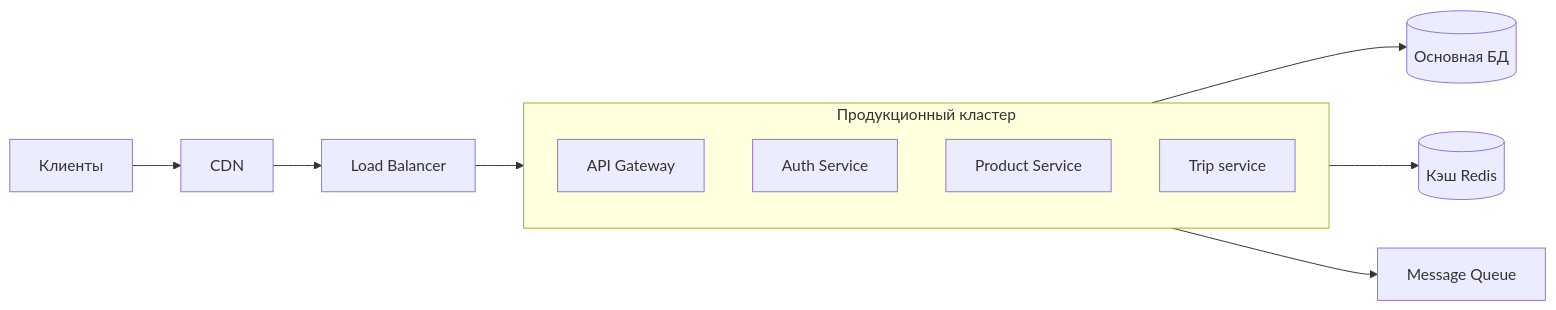
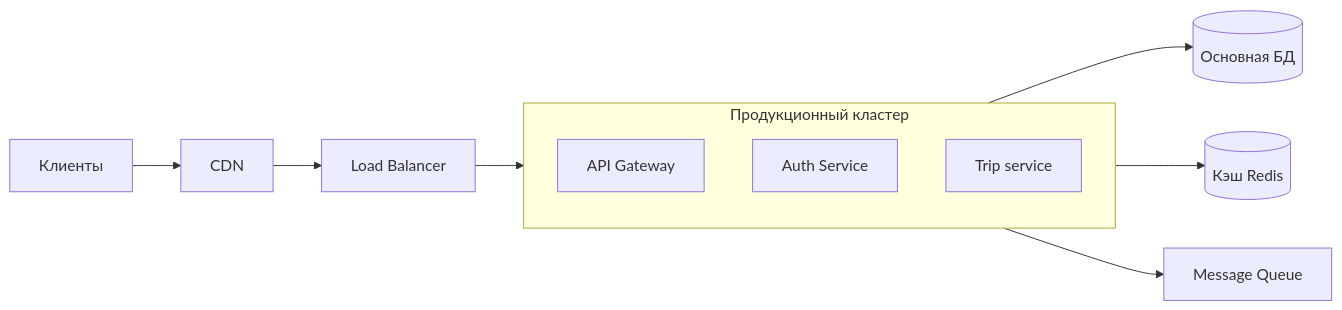
One commit to sinitsina098-hash/new-catalog changed the diagram in arkhitekturnoe-kata-prakticheskoe-rukovodstv/shering-elektrosamokatov/arkhitekturnoe-kata.mermaid. Above: the diagram before and after it, drawn with Mermaid. The commit also changed 1 other file, not shown here.

```diff
--- a/arkhitekturnoe-kata-prakticheskoe-rukovodstv/shering-elektrosamokatov/arkhitekturnoe-kata.mermaid
+++ b/arkhitekturnoe-kata-prakticheskoe-rukovodstv/shering-elektrosamokatov/arkhitekturnoe-kata.mermaid
@@ -1,15 +1,14 @@
 graph LR
     CLIENT[Клиенты] --> CDN[CDN]
     CDN --> LB[Load Balancer]
     LB --> K8S[Kubernetes Cluster]
     
     subgraph K8S [Продукционный кластер]
         API[API Gateway]
         AUTH[Auth Service]
-        PROD[Product Service]
         TRIP[Trip service]
     end
     
     K8S --> DB[(Основная БД)]
     K8S --> CACHE[(Кэш Redis)]
     K8S --> MQ[Message Queue]
```
